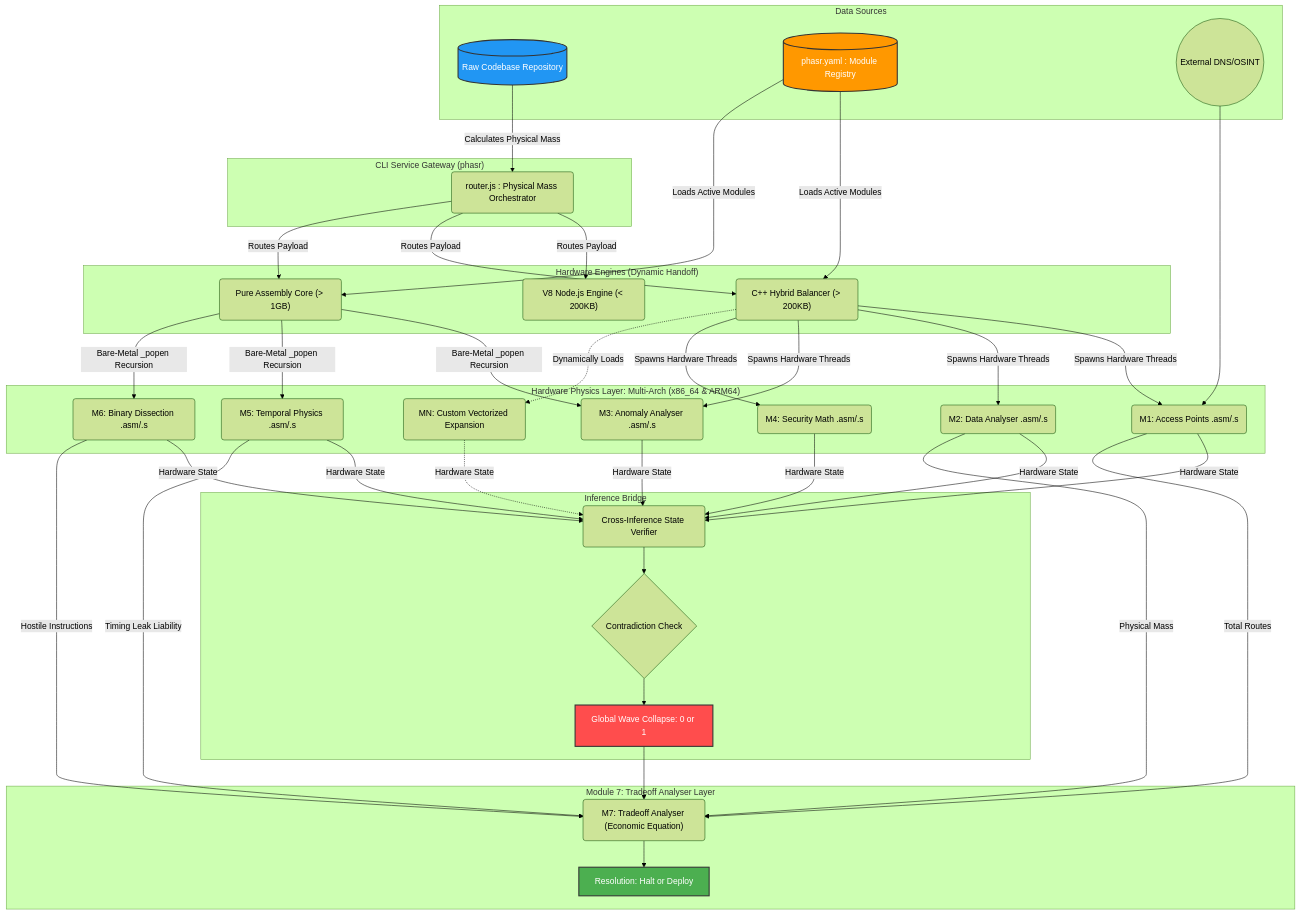
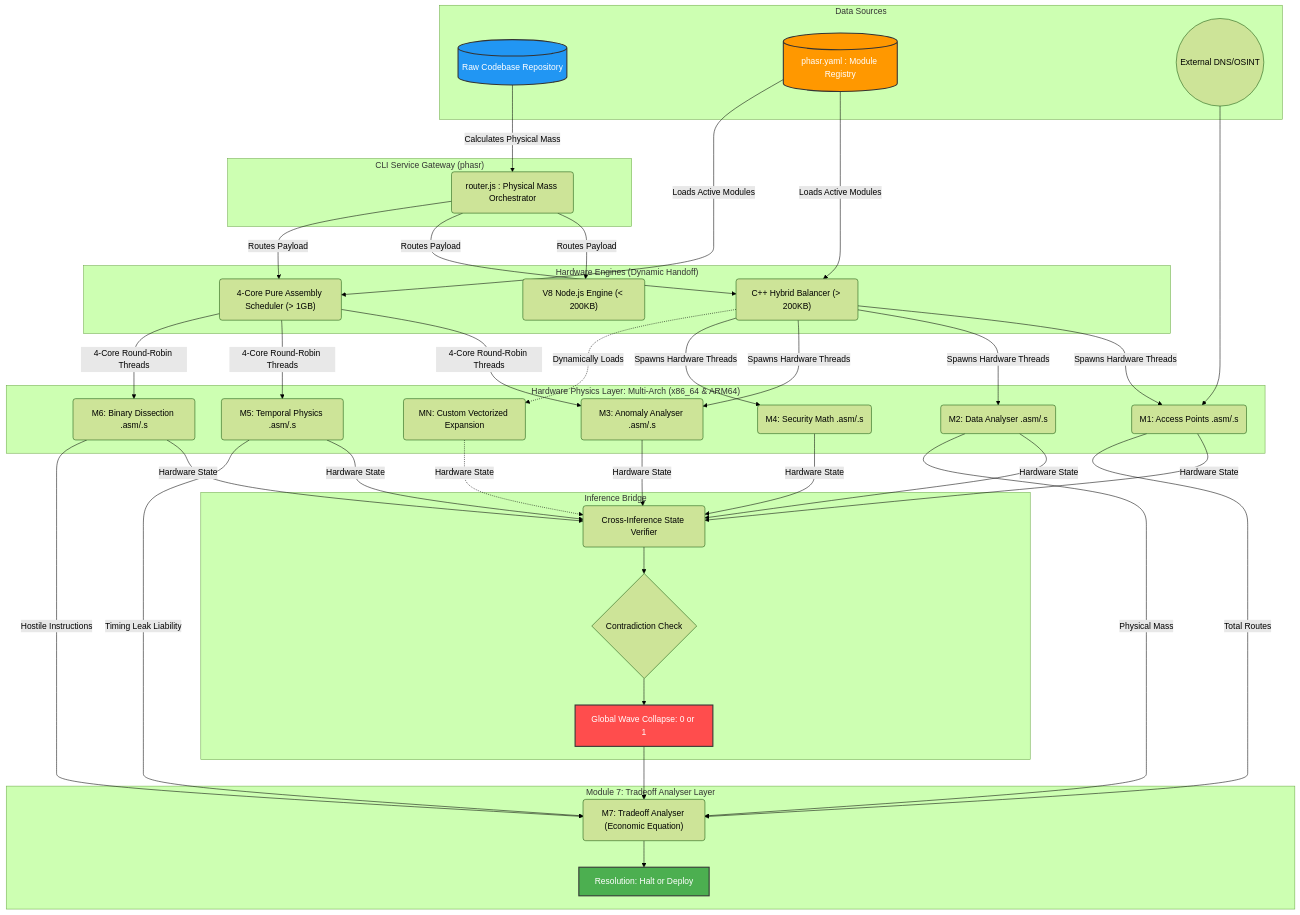
Before and after one commit to Zeo120/ZTL-Tech: the diagram in Documents/DataFlow_Architecture.md, drawn with Mermaid (forest theme). The commit also changed 1 other file, not shown here.

Commit message:
docs(architecture): map 4-Core Assembly scheduler and 120MB PCIe saturation footprint

```diff
--- a/Documents/DataFlow_Architecture.md
+++ b/Documents/DataFlow_Architecture.md
@@ -22,7 +22,7 @@
     subgraph Core ["Hardware Engines (Dynamic Handoff)"]
         NodeEngine("V8 Node.js Engine (< 200KB)")
         CppEngine("C++ Hybrid Balancer (> 200KB)")
-        AsmEngine("Pure Assembly Core (> 1GB)")
+        AsmEngine("4-Core Pure Assembly Scheduler (> 1GB)")
     end
 
     Codebase -->|Calculates Physical Mass| Router
@@ -47,9 +47,9 @@
     CppEngine -->|Spawns Hardware Threads| M2
     CppEngine -->|Spawns Hardware Threads| M3
     CppEngine -->|Spawns Hardware Threads| M4
-    AsmEngine -->|Bare-Metal _popen Recursion| M3
-    AsmEngine -->|Bare-Metal _popen Recursion| M5
-    AsmEngine -->|Bare-Metal _popen Recursion| M6
+    AsmEngine -->|4-Core Round-Robin Threads| M3
+    AsmEngine -->|4-Core Round-Robin Threads| M5
+    AsmEngine -->|4-Core Round-Robin Threads| M6
     CppEngine -.->|Dynamically Loads| MN
     
     Internet --> M1
```
